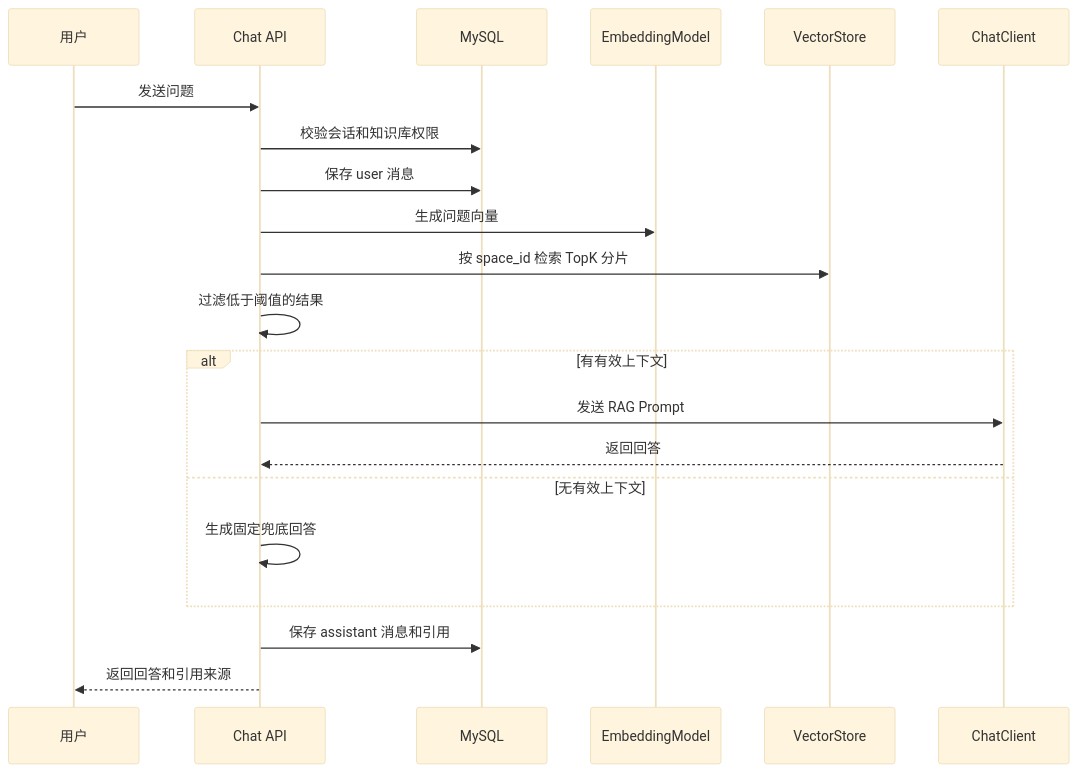
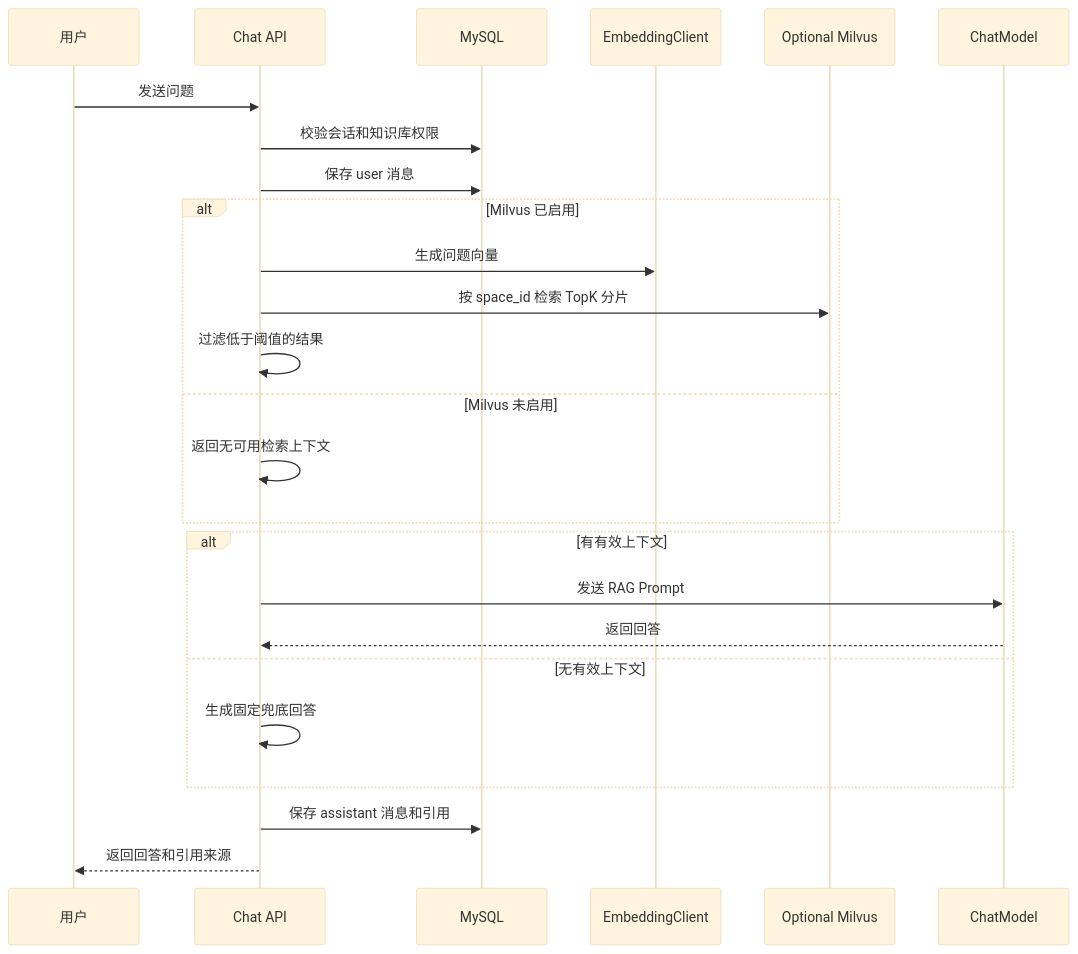
One commit to Mark001008/knowledge-base changed the third of 3 diagrams in docs/AI知识库平台系统设计.md. Above: the diagram before and after it, drawn with Mermaid (base theme). The commit also changed other lines of this file and 1 other file, not shown here.

Commit message:
Update docs for optional Milvus deployment

````diff
--- a/docs/AI知识库平台系统设计.md
+++ b/docs/AI知识库平台系统设计.md
@@ -377,24 +384,28 @@
 ```mermaid
 sequenceDiagram
     participant U as 用户
     participant API as Chat API
     participant DB as MySQL
-    participant E as EmbeddingModel
-    participant V as VectorStore
-    participant L as ChatClient
+    participant E as EmbeddingClient
+    participant V as Optional Milvus
+    participant L as ChatModel
 
     U->>API: 发送问题
     API->>DB: 校验会话和知识库权限
     API->>DB: 保存 user 消息
-    API->>E: 生成问题向量
-    API->>V: 按 space_id 检索 TopK 分片
-    API->>API: 过滤低于阈值的结果
+    alt Milvus 已启用
+        API->>E: 生成问题向量
+        API->>V: 按 space_id 检索 TopK 分片
+        API->>API: 过滤低于阈值的结果
+    else Milvus 未启用
+        API->>API: 返回无可用检索上下文
+    end
     alt 有有效上下文
         API->>L: 发送 RAG Prompt
         L-->>API: 返回回答
     else 无有效上下文
         API->>API: 生成固定兜底回答
     end
     API->>DB: 保存 assistant 消息和引用
     API-->>U: 返回回答和引用来源
 ```
````
